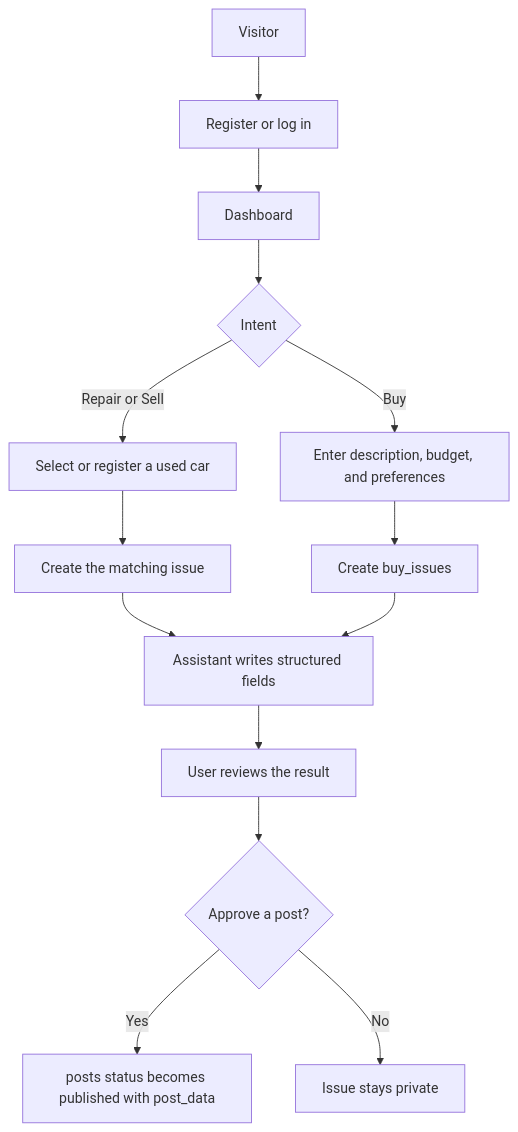
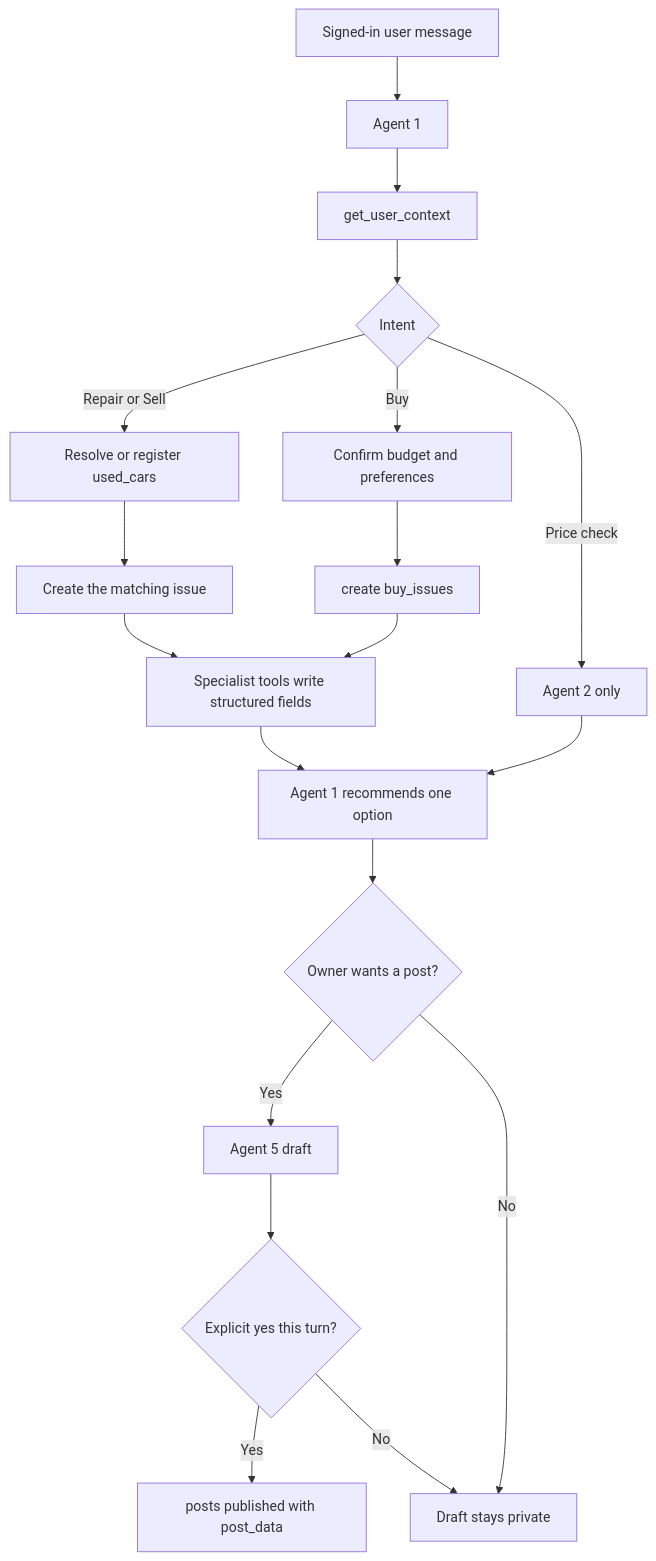
The second of 2 diagrams in system_architecture_design.md (madmax-10/junction), drawn with Mermaid before and after one commit. The commit also changed other lines of this file and 2 other files, not shown here.

````diff
--- a/system_architecture_design.md
+++ b/system_architecture_design.md
@@ -138,16 +198,21 @@
 ```mermaid
 flowchart TD
-    A[Visitor] --> B[Register or log in]
-    B --> C[Dashboard]
+    A[Signed-in user message] --> B[Agent 1]
+    B --> C[get_user_context]
     C --> D{Intent}
-    D -->|Repair or Sell| E[Select or register a used car]
-    D -->|Buy| F[Enter description, budget, and preferences]
-    E --> G[Create the matching issue]
-    F --> H[Create buy_issues]
-    G --> I[Assistant writes structured fields]
-    H --> I
-    I --> J[User reviews the result]
-    J --> K{Approve a post?}
-    K -->|Yes| L[posts status becomes published with post_data]
-    K -->|No| M[Issue stays private]
+    D -->|Repair or Sell| E[Resolve or register used_cars]
+    D -->|Buy| F[Confirm budget and preferences]
+    D -->|Price check| G[Agent 2 only]
+    E --> H[Create the matching issue]
+    F --> I[create buy_issues]
+    H --> J[Specialist tools write structured fields]
+    I --> J
+    J --> K[Agent 1 recommends one option]
+    G --> K
+    K --> L{Owner wants a post?}
+    L -->|Yes| M[Agent 5 draft]
+    M --> N{Explicit yes this turn?}
+    N -->|Yes| O[posts published with post_data]
+    N -->|No| P[Draft stays private]
+    L -->|No| P
 ```
````
